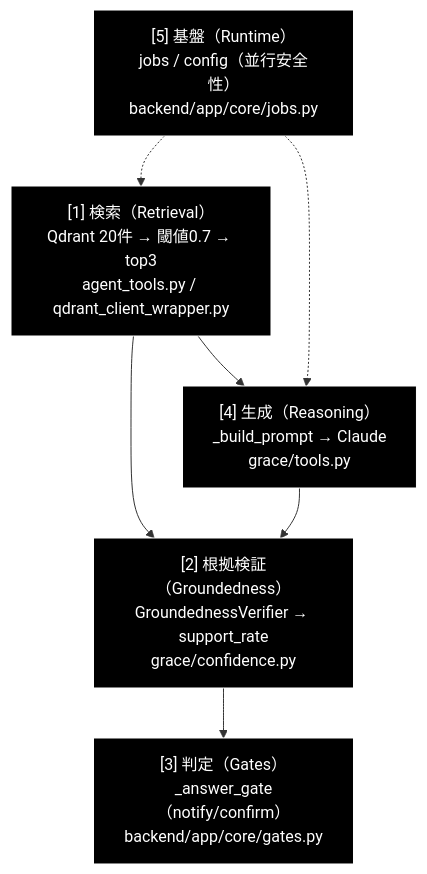
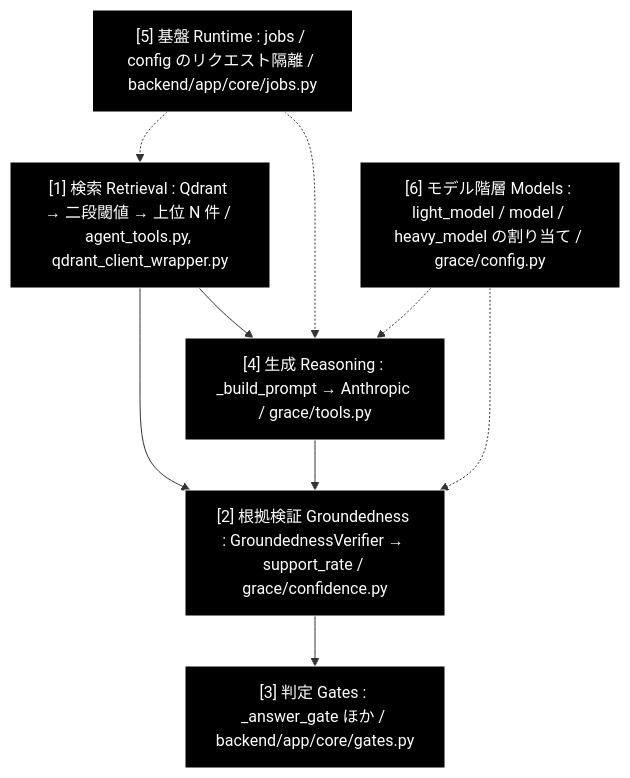
Before and after one commit to nakashima2toshio/grace_v2: the diagram in docs/performance_levers.md, drawn with Mermaid. The commit also changed other lines of this file, not shown here.

````diff
--- a/docs/performance_levers.md
+++ b/docs/performance_levers.md
@@ -67,17 +39,20 @@
 ```mermaid
 flowchart TB
-    L1["[1] 検索（Retrieval）<br>Qdrant 20件 → 閾値0.7 → top3<br>agent_tools.py / qdrant_client_wrapper.py"]
-    L2["[2] 根拠検証（Groundedness）<br>GroundednessVerifier → support_rate<br>grace/confidence.py"]
-    L3["[3] 判定（Gates）<br>_answer_gate（notify/confirm）<br>backend/app/core/gates.py"]
-    L4["[4] 生成（Reasoning）<br>_build_prompt → Claude<br>grace/tools.py"]
-    L5["[5] 基盤（Runtime）<br>jobs / config（並行安全性）<br>backend/app/core/jobs.py"]
+    L1["[1] 検索 Retrieval : Qdrant → 二段閾値 → 上位 N 件 / agent_tools.py, qdrant_client_wrapper.py"]
+    L2["[2] 根拠検証 Groundedness : GroundednessVerifier → support_rate / grace/confidence.py"]
+    L3["[3] 判定 Gates : _answer_gate ほか / backend/app/core/gates.py"]
+    L4["[4] 生成 Reasoning : _build_prompt → Anthropic / grace/tools.py"]
+    L5["[5] 基盤 Runtime : jobs / config のリクエスト隔離 / backend/app/core/jobs.py"]
+    L6["[6] モデル階層 Models : light_model / model / heavy_model の割り当て / grace/config.py"]
 
     L1 --> L2 --> L3
     L1 --> L4
     L4 --> L2
     L5 -.-> L1
     L5 -.-> L4
+    L6 -.-> L2
+    L6 -.-> L4
 classDef default fill:#000,stroke:#fff,color:#fff
 classDef subgraphStyle fill:#1a1a1a,stroke:#fff,color:#fff
-class L1,L2,L3,L4,L5 default
+class L1,L2,L3,L4,L5,L6 default
 ```
````
